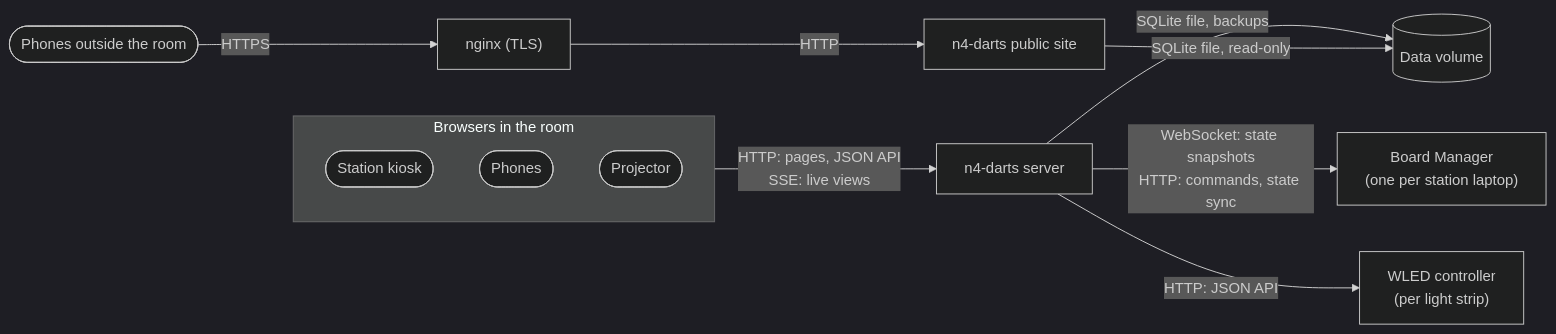
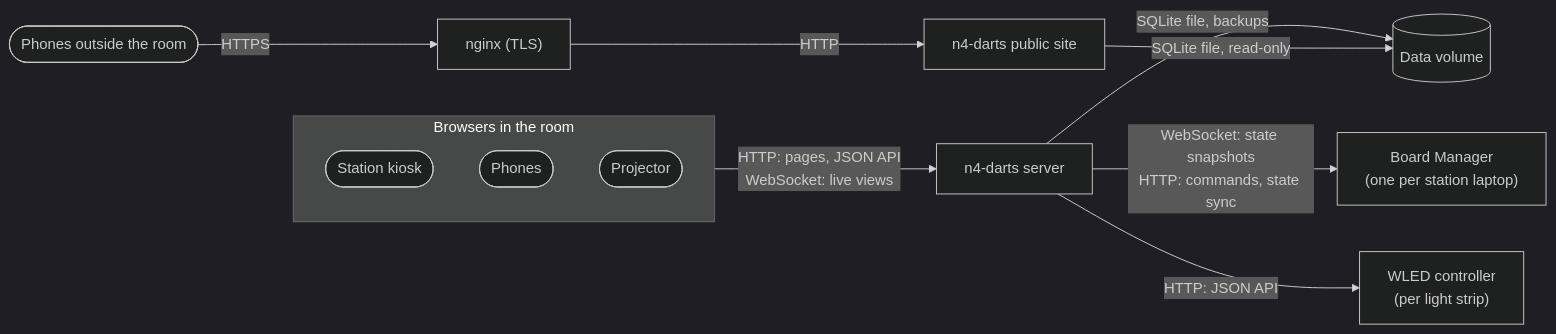
The second of 2 diagrams in docs/architecture/03-context-and-scope.md (sverbach/n4-darts), drawn with Mermaid (dark theme) before and after one commit. The commit also changed other lines of this file and 12 other files, not shown here.

Commit message:
Live views over WebSockets in the docs: ADR 0011, README proxy note, OPS-04, architecture and glossary (live-websockets 03)

````diff
--- a/docs/architecture/03-context-and-scope.md
+++ b/docs/architecture/03-context-and-scope.md
@@ -45,22 +45,22 @@
 ```mermaid
 flowchart LR
     subgraph browsers["Browsers in the room"]
         kiosk(["Station kiosk"])
         phone(["Phones"])
         projector(["Projector"])
     end
     n4["n4-darts server"]
     bm["Board Manager<br/>(one per station laptop)"]
     vol[("Data volume")]
     outside(["Phones outside the room"])
     nginx["nginx (TLS)"]
     pub["n4-darts public site"]
 
-    browsers -- "HTTP: pages, JSON API<br/>SSE: live views" --> n4
+    browsers -- "HTTP: pages, JSON API<br/>WebSocket: live views" --> n4
     n4 -- "WebSocket: state snapshots<br/>HTTP: commands, state sync" --> bm
     n4 -- "SQLite file, backups" --> vol
     wled["WLED controller<br/>(per light strip)"]
     n4 -- "HTTP: JSON API" --> wled
     outside -- "HTTPS" --> nginx -- "HTTP" --> pub
     pub -- "SQLite file, read-only" --> vol
 ```
````
